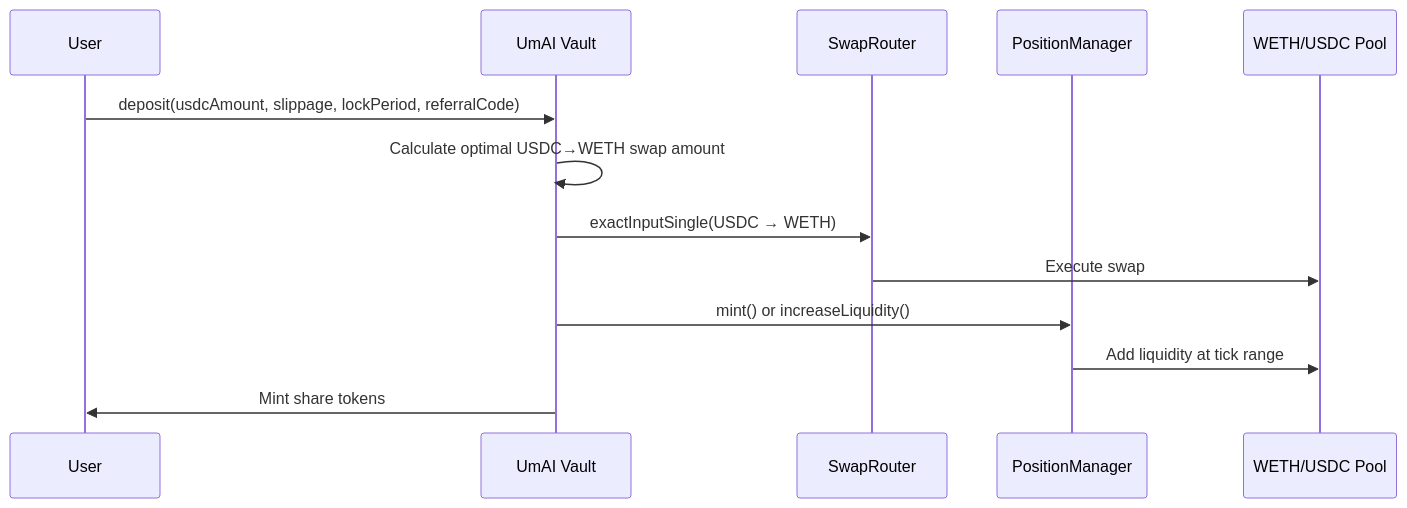
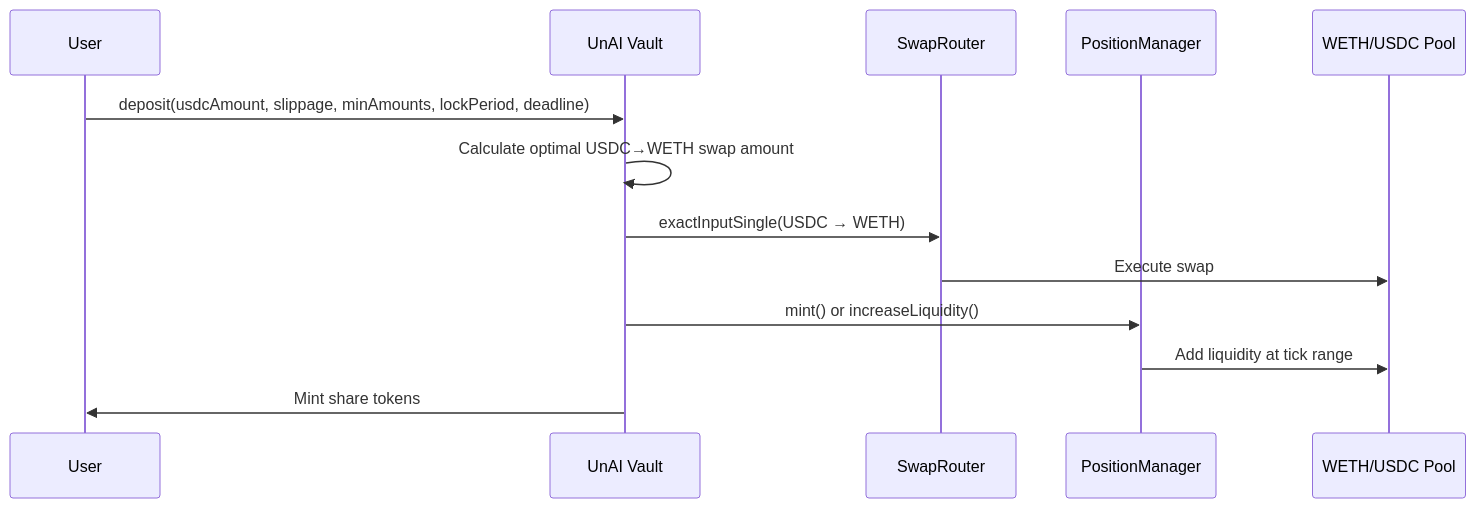
The third of 5 diagrams in architecture/overview.md (systemtest1227-cpu/umai-docs), drawn with Mermaid before and after one commit. The commit also changed other lines of this file and 13 other files, not shown here.

````diff
--- a/architecture/overview.md
+++ b/architecture/overview.md
@@ -137,16 +137,16 @@
 ```mermaid
 sequenceDiagram
     participant User
-    participant Vault as UmAI Vault
+    participant Vault as UnAI Vault
     participant Router as SwapRouter
     participant NPM as PositionManager
     participant Pool as WETH/USDC Pool
 
-    User->>Vault: deposit(usdcAmount, slippage, lockPeriod, referralCode)
+    User->>Vault: deposit(usdcAmount, slippage, minAmounts, lockPeriod, deadline)
     Vault->>Vault: Calculate optimal USDC→WETH swap amount
     Vault->>Router: exactInputSingle(USDC → WETH)
     Router->>Pool: Execute swap
     Vault->>NPM: mint() or increaseLiquidity()
     NPM->>Pool: Add liquidity at tick range
     Vault->>User: Mint share tokens
 ```
````
